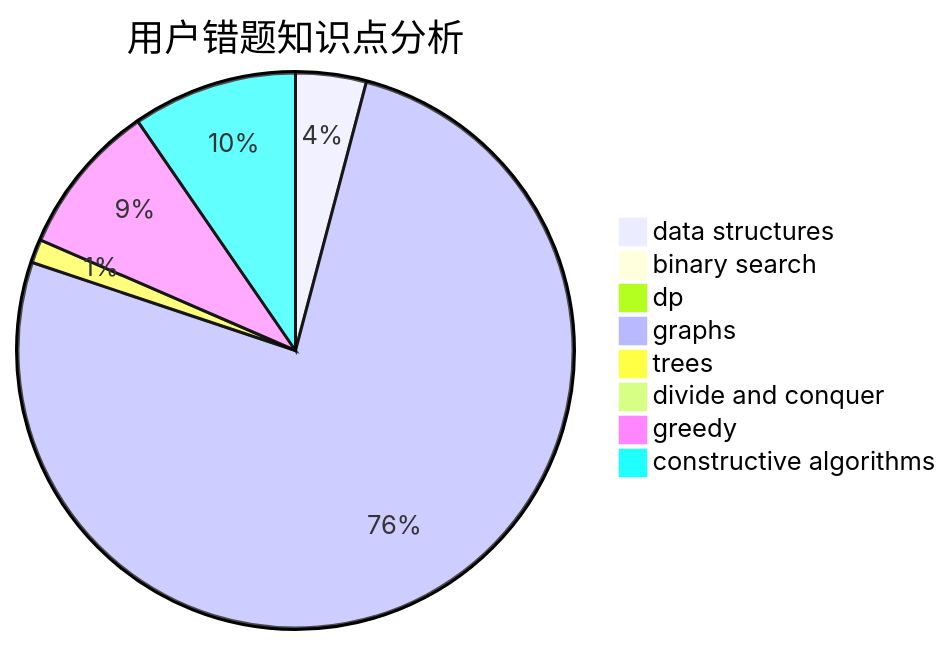
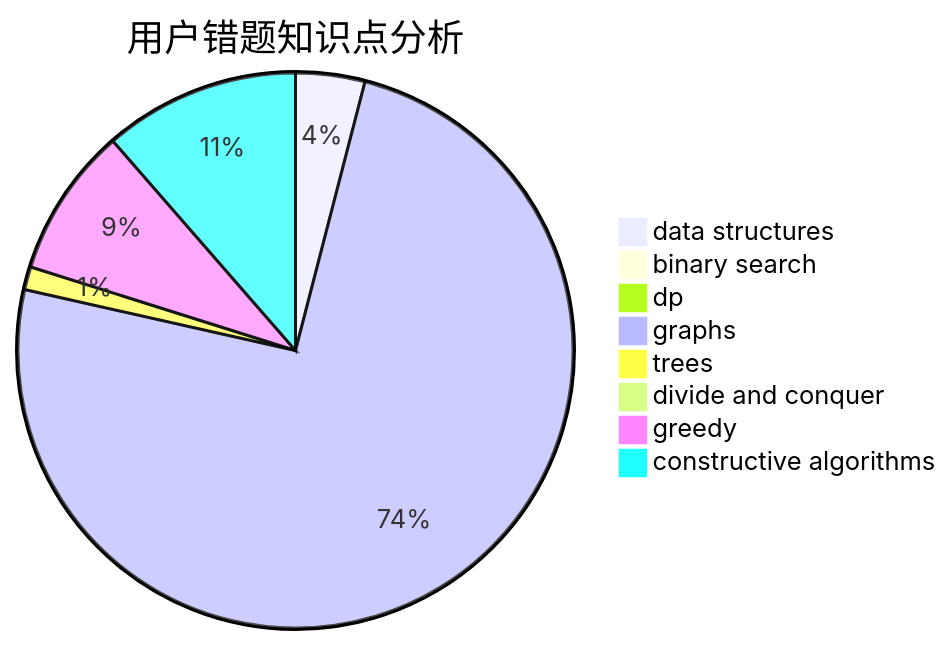
Before and after one commit to sherpahu/cfrs.github.io: the third of 3 diagrams in docs/user/u826.md, drawn with Mermaid. The commit also changed other lines of this file and 2770 other files, not shown here.

````diff
--- a/docs/user/u826.md
+++ b/docs/user/u826.md
@@ -36,11 +36,11 @@
 ```mermaid
 pie title 用户错题知识点分析
     "data structures" :  6
-    "binary search" :  0
+    "binary search" :  1
     "dp" :  1
     "graphs" :  111
     "trees" :  2
     "divide and conquer" :  0
     "greedy" :  13
-    "constructive algorithms" :  14
+    "constructive algorithms" :  17
 ```
````
